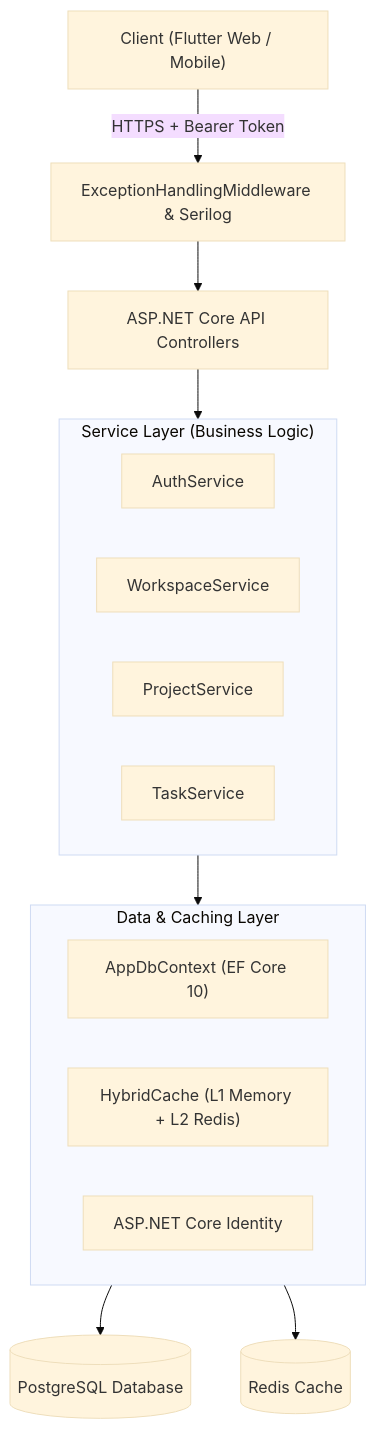
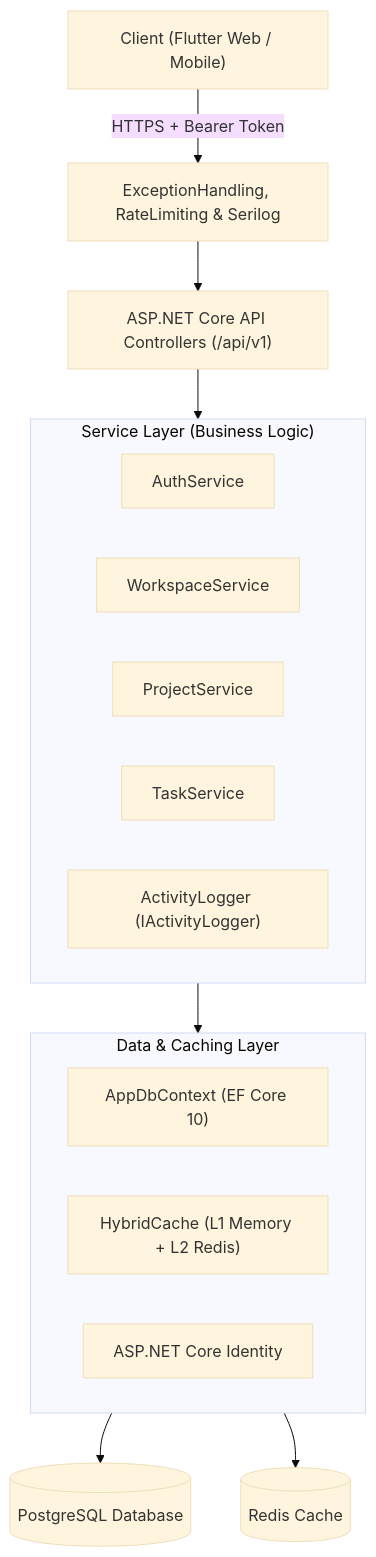
The first of 3 diagrams in docs/backend-architecture.md (Clark605/ProjectHub), drawn with Mermaid (base theme) before and after one commit. The commit also changed other lines of this file and 10 other files, not shown here.

First line of the commit message:
docs: record ADRs 0010-0014 and update architecture specs for Phase 4.5

````diff
--- a/docs/backend-architecture.md
+++ b/docs/backend-architecture.md
@@ -11,23 +11,24 @@
 ```mermaid
 graph TD
-    Client["Client (Flutter Web / Mobile)"] -->|HTTPS + Bearer Token| Middleware["ExceptionHandlingMiddleware & Serilog"]
-    Middleware --> Controllers["ASP.NET Core API Controllers"]
+    Client["Client (Flutter Web / Mobile)"] -->|HTTPS + Bearer Token| Middleware["ExceptionHandling, RateLimiting & Serilog"]
+    Middleware --> Controllers["ASP.NET Core API Controllers (/api/v1)"]
     
     subgraph ServiceLayer ["Service Layer (Business Logic)"]
         AuthService["AuthService"]
         WorkspaceService["WorkspaceService"]
         ProjectService["ProjectService"]
         TaskService["TaskService"]
+        ActivityLogger["ActivityLogger (IActivityLogger)"]
     end
     
     subgraph DataLayer ["Data & Caching Layer"]
         DbContext["AppDbContext (EF Core 10)"]
         HybridCache["HybridCache (L1 Memory + L2 Redis)"]
         Identity["ASP.NET Core Identity"]
     end
     
     Controllers --> ServiceLayer
     ServiceLayer --> DataLayer
     DataLayer --> Postgres[(PostgreSQL Database)]
     DataLayer --> Redis[(Redis Cache)]
 ```
````
